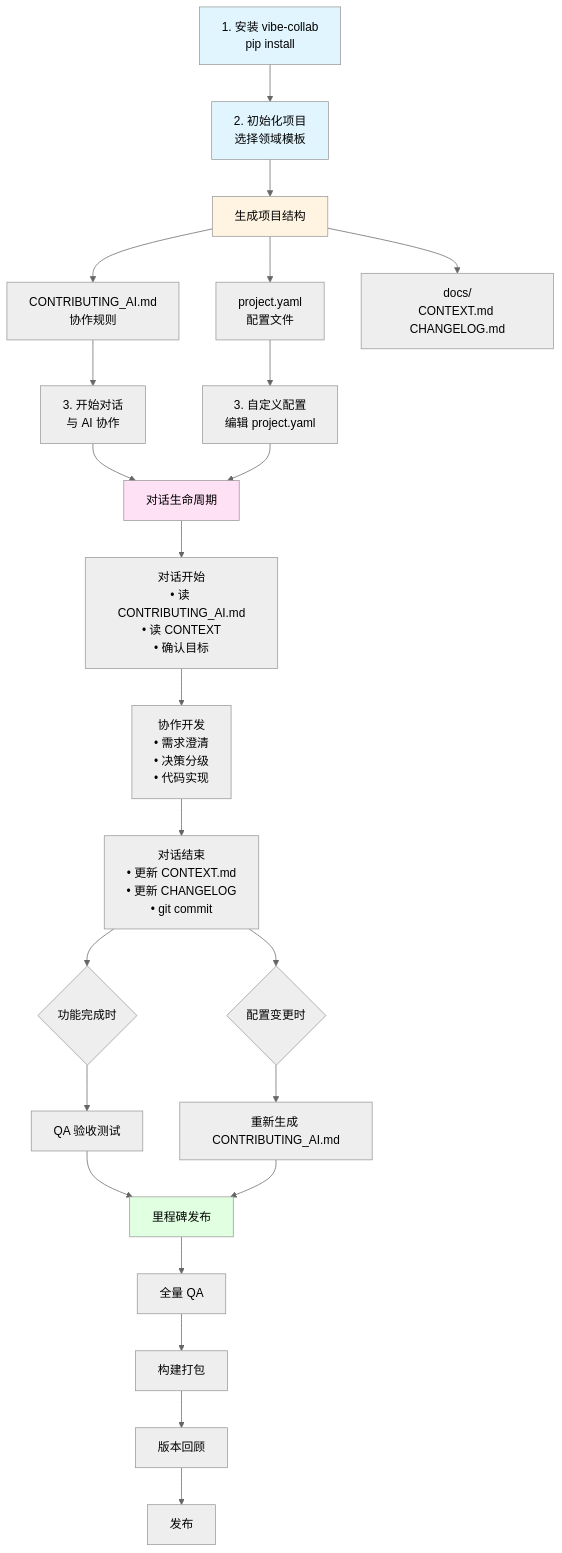
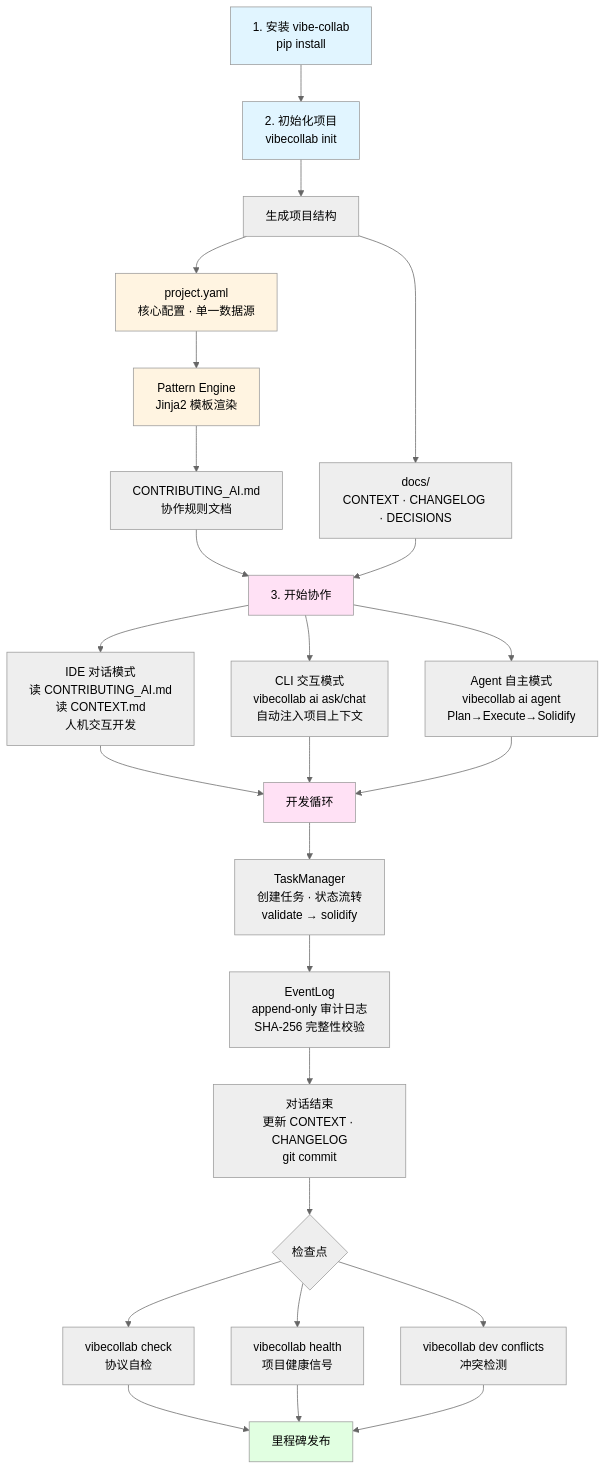
The first of 2 diagrams in README.md (flashpoint493/VibeCollab), drawn with Mermaid (neutral theme) before and after one commit. The commit also changed other lines of this file and 4 other files, not shown here.

````diff
--- a/README.md
+++ b/README.md
@@ -17,38 +17,42 @@
 ```mermaid
 flowchart TD
-    A[1. 安装 vibe-collab<br/>pip install] --> B[2. 初始化项目<br/>选择领域模板]
+    A[1. 安装 vibe-collab<br/>pip install] --> B[2. 初始化项目<br/>vibecollab init]
     B --> C[生成项目结构]
-    C --> D1[CONTRIBUTING_AI.md<br/>协作规则]
-    C --> D2[project.yaml<br/>配置文件]
-    C --> D3[docs/<br/>CONTEXT.md CHANGELOG.md]
+    C --> D1[project.yaml<br/>核心配置 · 单一数据源]
+    C --> D2[docs/<br/>CONTEXT · CHANGELOG · DECISIONS]
     
-    D1 --> E1[3. 开始对话<br/>与 AI 协作]
-    D2 --> E2[3. 自定义配置<br/>编辑 project.yaml]
+    D1 --> E[Pattern Engine<br/>Jinja2 模板渲染]
+    E --> F[CONTRIBUTING_AI.md<br/>协作规则文档]
     
-    E1 --> F[对话生命周期]
-    E2 --> F
+    F --> G[3. 开始协作]
+    D2 --> G
     
-    F --> G1[对话开始<br/>• 读 CONTRIBUTING_AI.md<br/>• 读 CONTEXT<br/>• 确认目标]
-    G1 --> G2[协作开发<br/>• 需求澄清<br/>• 决策分级<br/>• 代码实现]
-    G2 --> G3[对话结束<br/>• 更新 CONTEXT.md<br/>• 更新 CHANGELOG<br/>• git commit]
+    G --> M1[IDE 对话模式<br/>读 CONTRIBUTING_AI.md<br/>读 CONTEXT.md<br/>人机交互开发]
+    G --> M2[CLI 交互模式<br/>vibecollab ai ask/chat<br/>自动注入项目上下文]
+    G --> M3[Agent 自主模式<br/>vibecollab ai agent<br/>Plan→Execute→Solidify]
     
-    G3 --> H1{功能完成时}
-    G3 --> H2{配置变更时}
+    M1 --> H[开发循环]
+    M2 --> H
+    M3 --> H
     
-    H1 --> I1[QA 验收测试]
-    H2 --> I2[重新生成 CONTRIBUTING_AI.md]
+    H --> H1[TaskManager<br/>创建任务 · 状态流转<br/>validate → solidify]
+    H1 --> H2[EventLog<br/>append-only 审计日志<br/>SHA-256 完整性校验]
+    H2 --> H3[对话结束<br/>更新 CONTEXT · CHANGELOG<br/>git commit]
+    
+    H3 --> I{检查点}
+    I --> I1[vibecollab check<br/>协议自检]
+    I --> I2[vibecollab health<br/>项目健康信号]
+    I --> I3[vibecollab dev conflicts<br/>冲突检测]
     
     I1 --> J[里程碑发布]
     I2 --> J
-    
-    J --> K1[全量 QA]
-    K1 --> K2[构建打包]
-    K2 --> K3[版本回顾]
-    K3 --> K4[发布]
+    I3 --> J
     
     style A fill:#e1f5ff
     style B fill:#e1f5ff
-    style C fill:#fff4e1
-    style F fill:#ffe1f5
+    style D1 fill:#fff4e1
+    style E fill:#fff4e1
+    style G fill:#ffe1f5
+    style H fill:#ffe1f5
     style J fill:#e1ffe1
 ```
````
